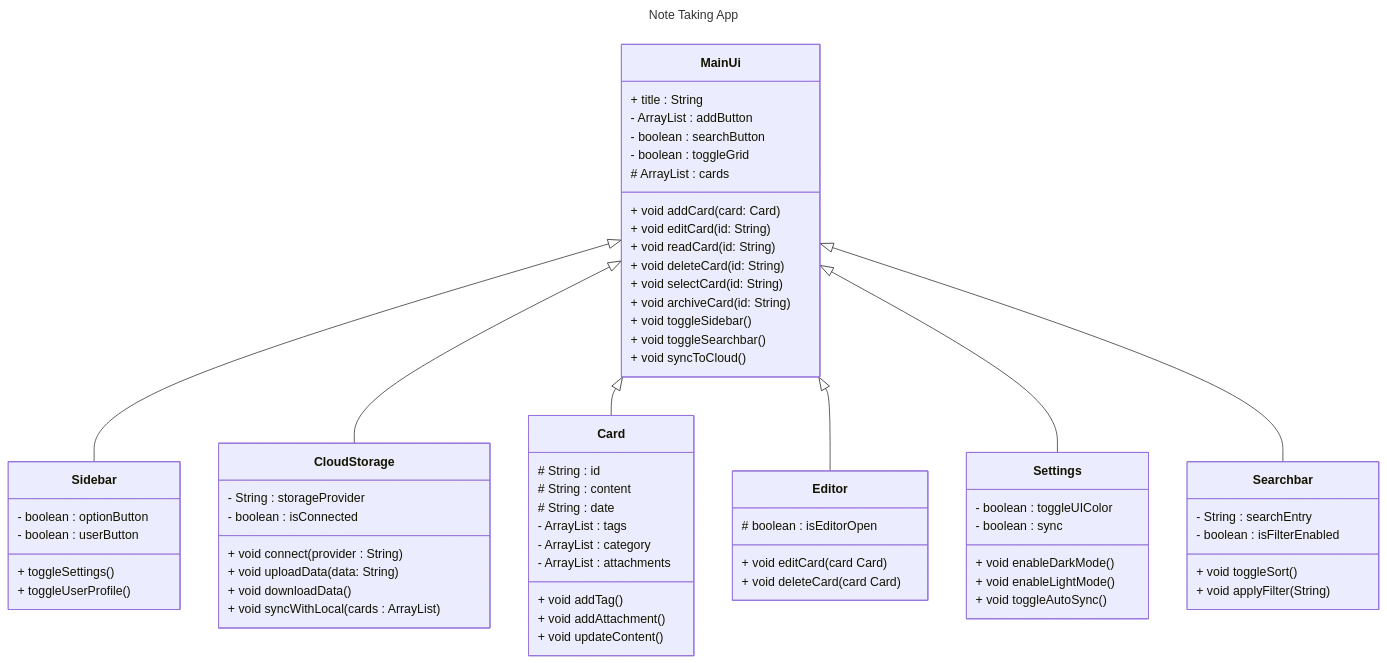
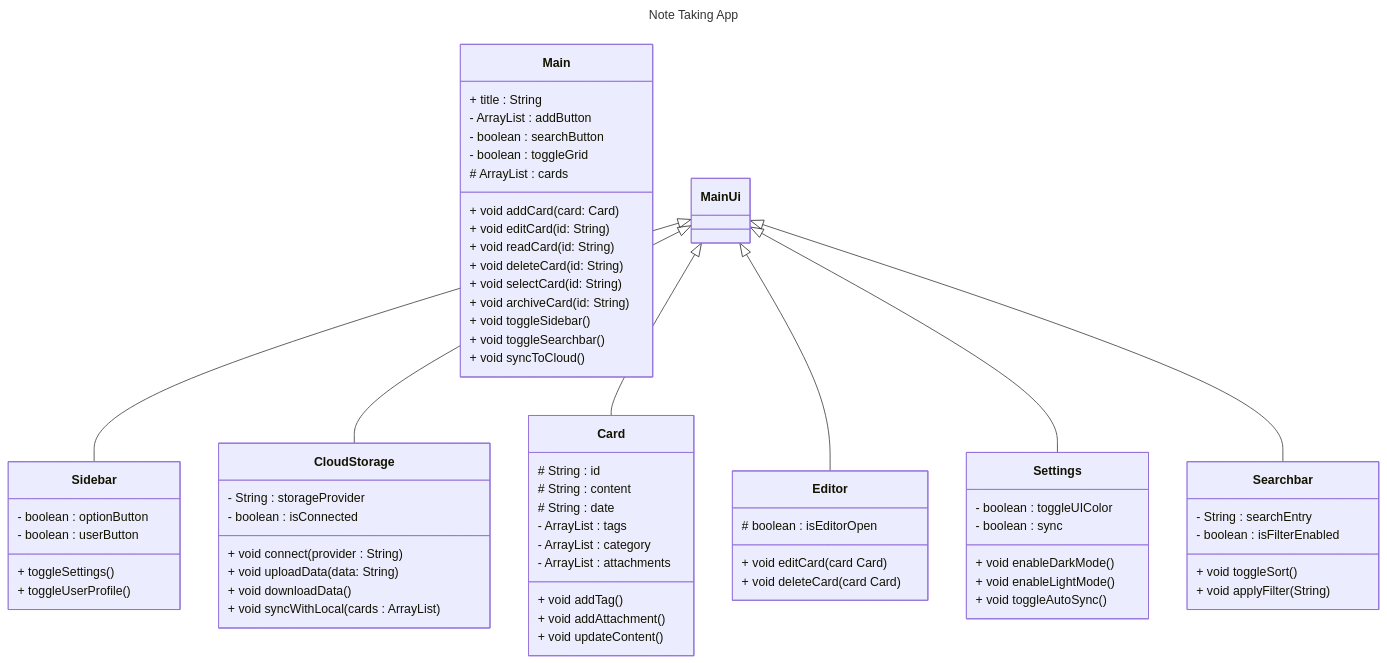
One commit to ambrocioreg/2425-2nd-cc3-1b-project-RAM changed the diagram in AmorNotes/wiki/Project-Diagram.md. Above: the diagram before and after it, drawn with Mermaid.

````diff
--- a/AmorNotes/wiki/Project-Diagram.md
+++ b/AmorNotes/wiki/Project-Diagram.md
@@ -1,79 +1,79 @@
 ``` mermaid
 ---
 title: Note Taking App
 ---
 classDiagram
 
-    class MainUi{
+    class Main{
         + title : String
         - ArrayList<String> : addButton
         - boolean : searchButton
         - boolean : toggleGrid
         # ArrayList<Card> : cards
         + void addCard(card: Card)
         + void editCard(id: String)
         + void readCard(id: String)
         + void deleteCard(id: String)
         + void selectCard(id: String)
         + void archiveCard(id: String)
         + void toggleSidebar()
         + void toggleSearchbar()
         + void syncToCloud()
     }
 
     class Sidebar{
         - boolean : optionButton
         - boolean : userButton
         + toggleSettings()
         + toggleUserProfile()
     }
 
     class CloudStorage{
         - String : storageProvider
         - boolean : isConnected
         + void connect(provider : String)
         + void uploadData(data: String)
         + void downloadData()
         + void syncWithLocal(cards : ArrayList<Card>)
     }
 
     class Card {
         # String : id
         # String : content
         # String : date
         - ArrayList<String> : tags
         - ArrayList<String> : category
         - ArrayList<String> : attachments
         + void addTag()
         + void addAttachment()
         + void updateContent()
     }
     class Searchbar {
         - String : searchEntry
         - boolean : isFilterEnabled
         + void toggleSort()
         + void applyFilter(String)
     }
     class Editor {
         # boolean : isEditorOpen
         + void editCard(card Card)
         + void deleteCard(card Card)
     }
 
     class Settings {
         - boolean : toggleUIColor
         - boolean : sync
         + void enableDarkMode()
         + void enableLightMode()
         + void toggleAutoSync()
     }
 
     MainUi <|-- Sidebar
     MainUi <|-- CloudStorage
     MainUi <|-- Card
     MainUi <|-- Editor
     MainUi <|-- Settings
     MainUi <|-- Searchbar
 
 
 ```
````
